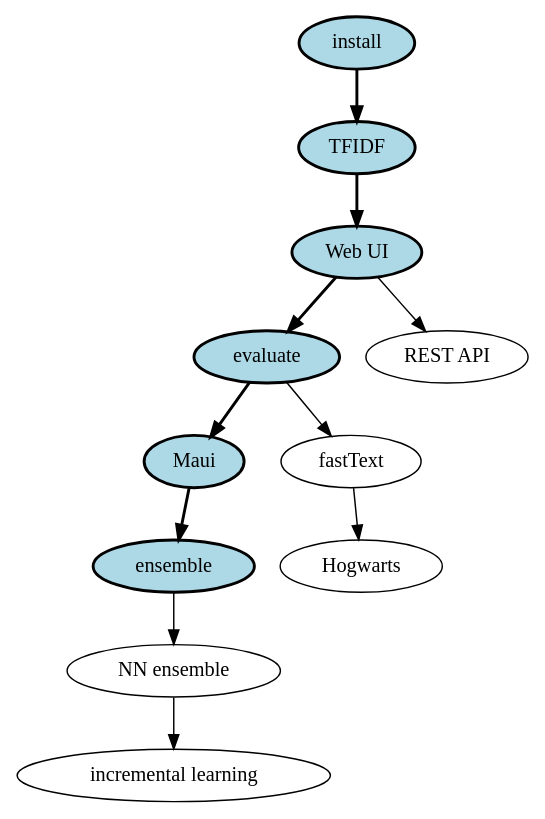
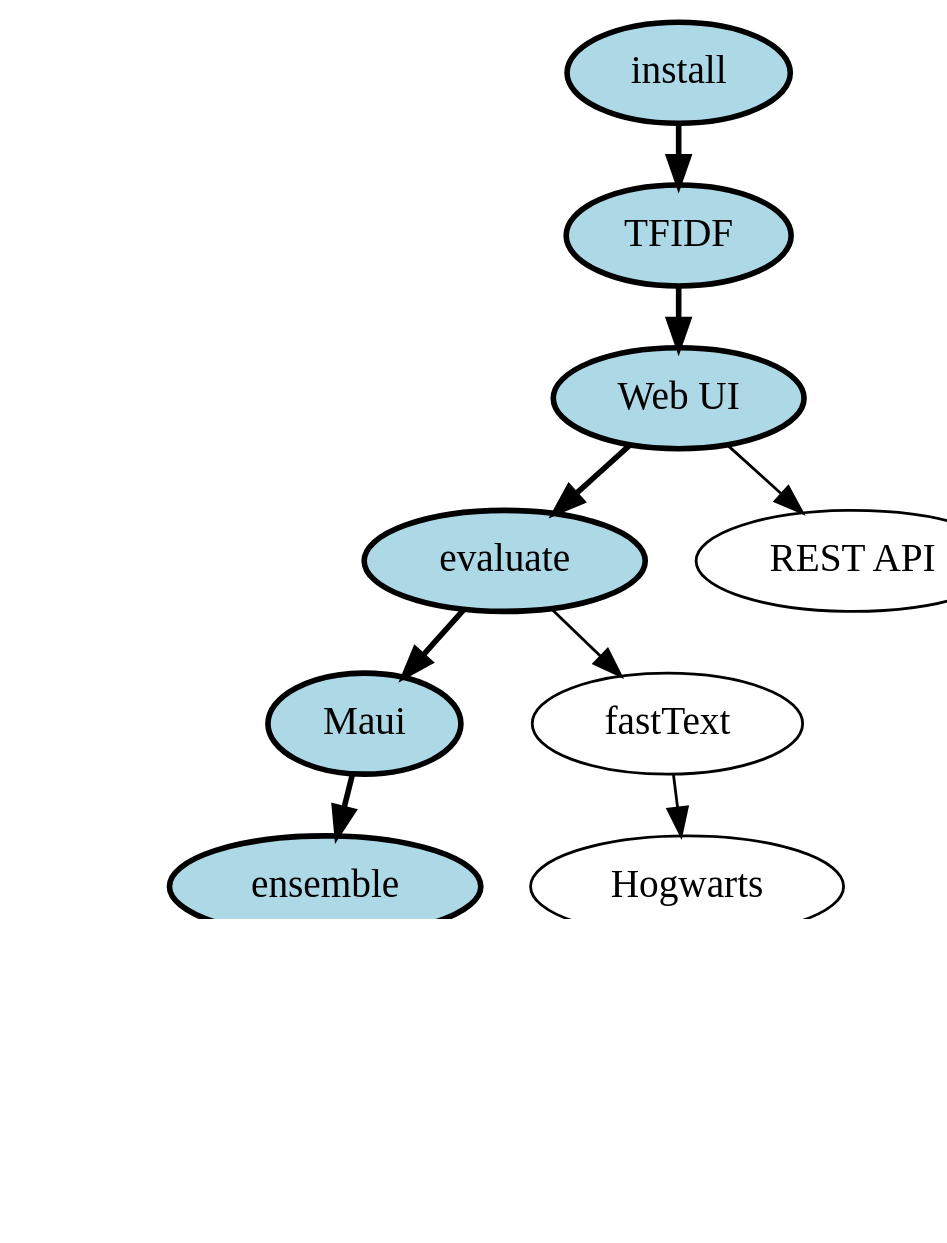
One commit to NatLibFi/Annif-tutorial changed the diagram in exercises/overview.dot. Above: the diagram before and after it, drawn with Graphviz. The commit also changed 1 other file, not shown here.

Commit message:
Tighter graph

```diff
--- a/exercises/overview.dot
+++ b/exercises/overview.dot
@@ -1,15 +1,17 @@
 digraph "Annif-tutorial exercises" {
+  dpi=100;
+  ranksep=0.3;
   install -> TFIDF -> "Web UI" -> evaluate -> Maui -> ensemble [style=bold];
   ensemble -> "NN ensemble";
   "Web UI" -> "REST API";
   evaluate -> fastText -> "Hogwarts";
   "NN ensemble" -> "incremental learning";
 
   install [style=filled,fillcolor=lightblue,penwidth=2];
   TFIDF [style=filled,fillcolor=lightblue,penwidth=2];
   "Web UI" [style=filled,fillcolor=lightblue,penwidth=2];
   evaluate [style=filled,fillcolor=lightblue,penwidth=2];
   Maui [style=filled,fillcolor=lightblue,penwidth=2];
   ensemble [style=filled,fillcolor=lightblue,penwidth=2];
 
 }
```
